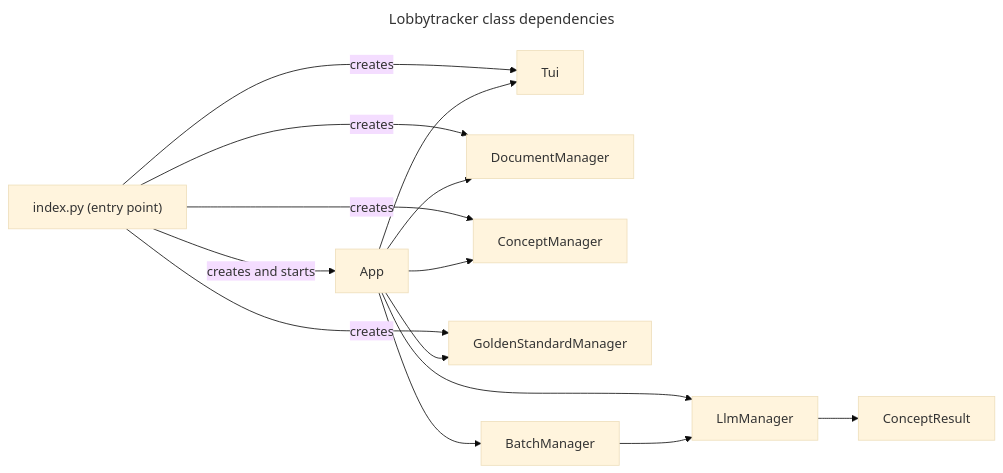
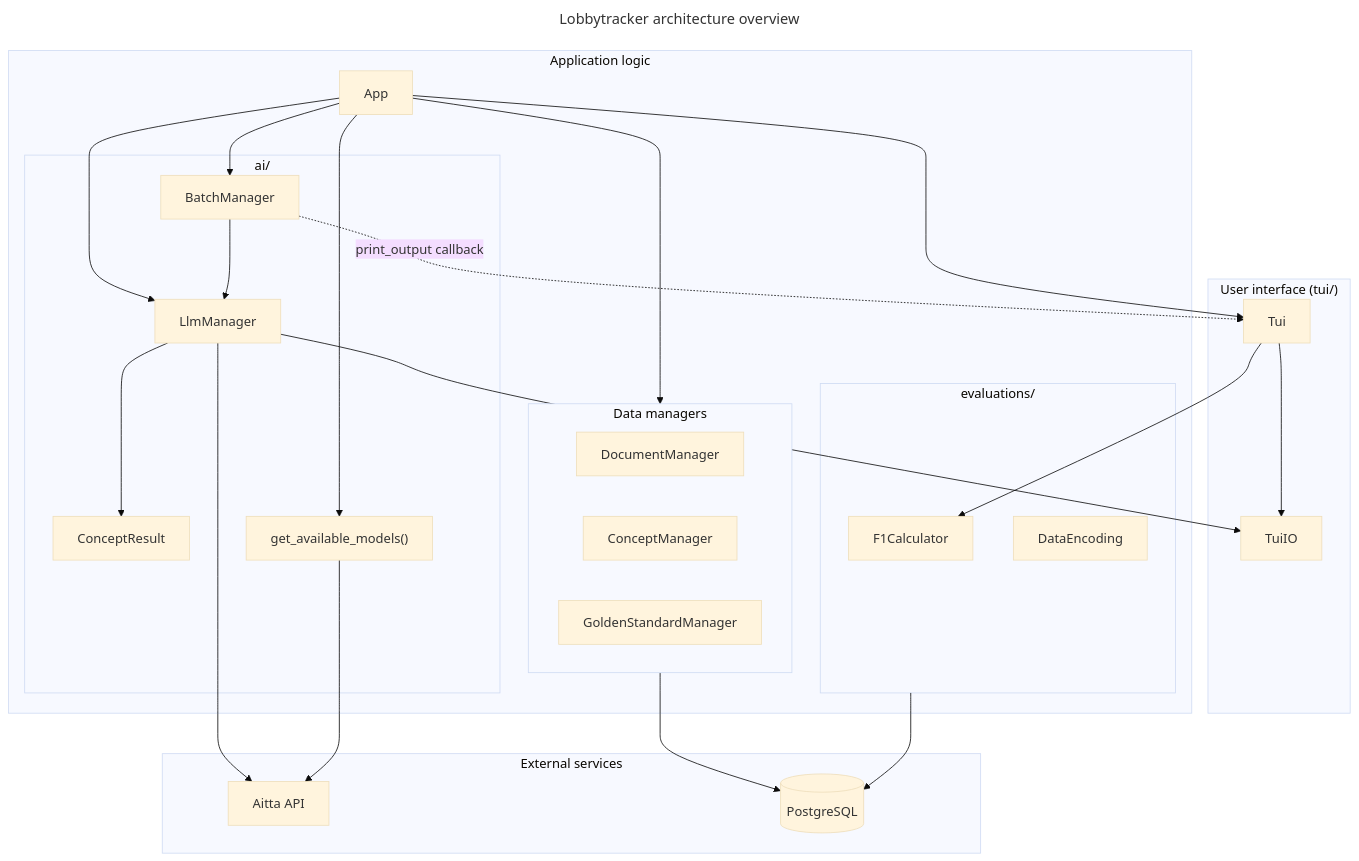
One commit to Lobbytracker/Lobbytracker changed the diagram in documentation/architecture/class_dependencies.md. Above: the diagram before and after it, drawn with Mermaid (base theme).

Commit message:
flowchart for classes Co-authored-by: @Heljae Co-authored-by: @petrovaana

````diff
--- a/documentation/architecture/class_dependencies.md
+++ b/documentation/architecture/class_dependencies.md
@@ -1,21 +1,50 @@
 ```mermaid
 ---
-title: Lobbytracker class dependencies
+title: Lobbytracker architecture overview
 ---
-flowchart LR
-    index["index.py (entry point)"] -->|"creates and starts"| App
-    index -->|creates| Tui
-    index -->|creates| DocumentManager
-    index -->|creates| ConceptManager
-    index -->|creates| GoldenStandardManager
+flowchart TB
+    subgraph UI["User interface (tui/)"]
+        Tui
+        TuiIO
+    end
+
+    subgraph Logic["Application logic"]
+        App
+        subgraph Managers["Data managers"]
+            DocumentManager
+            ConceptManager
+            GoldenStandardManager
+        end
+        subgraph AI["ai/"]
+            BatchManager
+            LlmManager
+            ConceptResult
+            get_available_models["get_available_models()"]
+        end
+        subgraph Eval["evaluations/"]
+            F1Calculator
+            DataEncoding
+        end
+    end
+
+    subgraph External["External services"]
+        Aitta["Aitta API"]
+        DB[("PostgreSQL")]
+    end
 
     App --> Tui
-    App --> DocumentManager
-    App --> ConceptManager
-    App --> GoldenStandardManager
+    App --> Managers
+    App --> BatchManager
     App --> LlmManager
-    App --> BatchManager
-
+    App --> get_available_models
+    Tui --> TuiIO
+    Tui --> F1Calculator
     BatchManager --> LlmManager
+    Managers --> DB
+    Eval --> DB
+    BatchManager -.->|"print_output callback"| Tui
     LlmManager --> ConceptResult
+    LlmManager --> TuiIO
+    LlmManager --> Aitta
+    get_available_models --> Aitta
 ```
````
